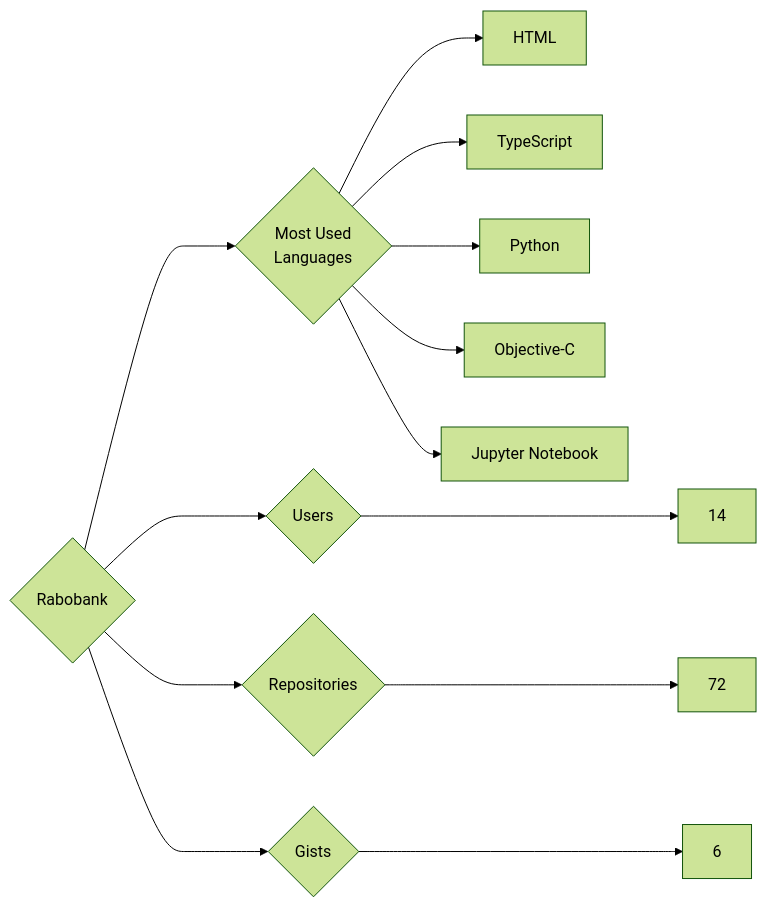
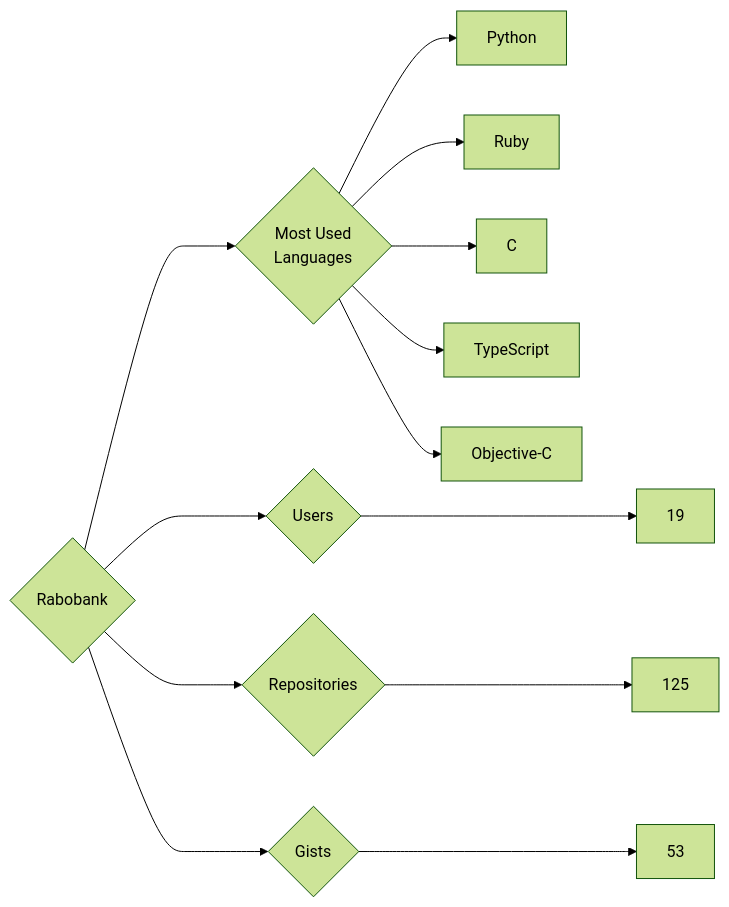
Before and after one commit to trickest/insiders: the diagram in targets/Rabobank/README.md, drawn with Mermaid (forest theme). The commit also changed 953 other files, not shown here.

````diff
--- a/targets/Rabobank/README.md
+++ b/targets/Rabobank/README.md
@@ -3,13 +3,13 @@
 ```mermaid
 graph LR
 COMPANY_NAME{Rabobank}
-COMPANY_NAME ---> U{Users} ---> UN[14]
-COMPANY_NAME ---> R{Repositories} ---> RN[72]
-COMPANY_NAME ---> G{Gists} ---> GN[6]
+COMPANY_NAME ---> U{Users} ---> UN[19]
+COMPANY_NAME ---> R{Repositories} ---> RN[125]
+COMPANY_NAME ---> G{Gists} ---> GN[53]
 COMPANY_NAME ---> ML{Most Used<br>Languages}
-ML --> HTML[HTML]
+ML --> Python[Python]
+ML --> Ruby[Ruby]
+ML --> C[C]
 ML --> TypeScript[TypeScript]
-ML --> Python[Python]
 ML --> Objective-C[Objective-C]
-ML --> Jupyter_Notebook[Jupyter Notebook]
 ```
````
